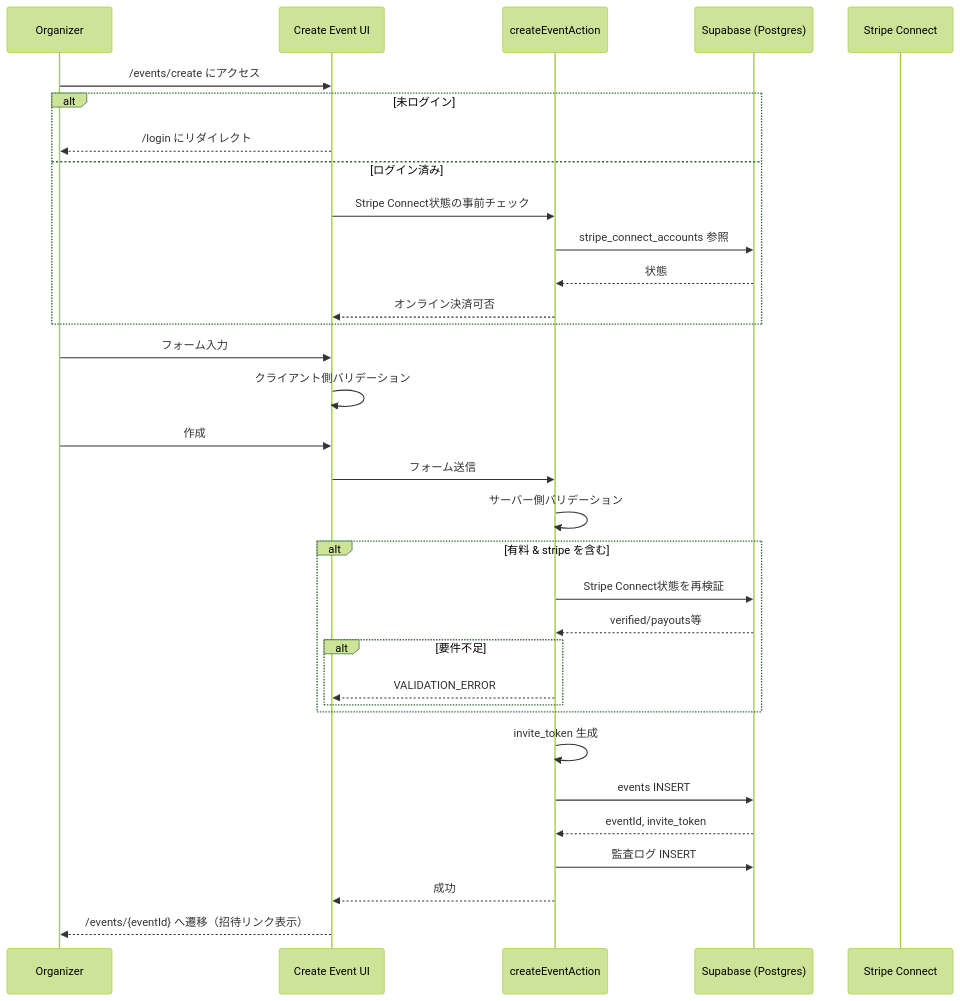
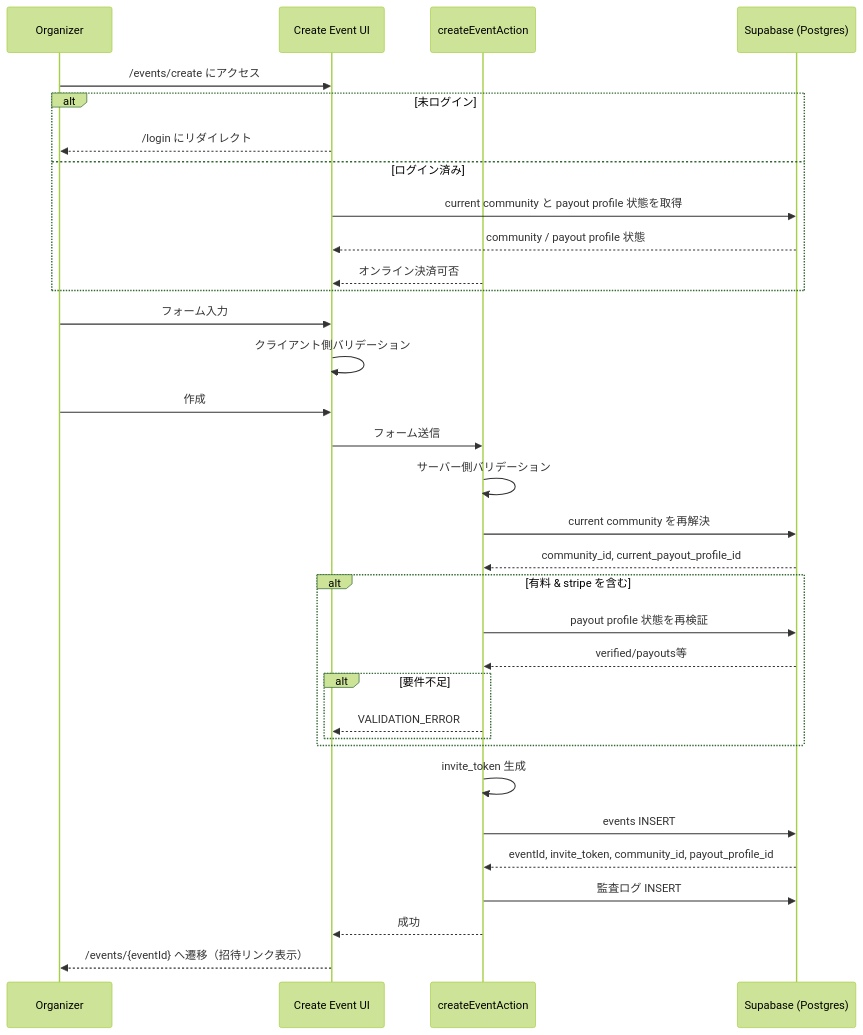
The diagram in docs/flows/create-event.md (rytkhs/event-pay), drawn with Mermaid (forest theme) before and after one commit. The commit also changed other lines of this file and 12 other files, not shown here.

Commit message:
CC-08-01 current community 前提のイベント作成と payout snapshot 固定 #396

````diff
--- a/docs/flows/create-event.md
+++ b/docs/flows/create-event.md
@@ -48,41 +54,41 @@
 ```mermaid
 sequenceDiagram
   participant U as Organizer
   participant UI as Create Event UI
   participant A as createEventAction
   participant DB as Supabase (Postgres)
-  participant SC as Stripe Connect
 
   U->>UI: /events/create にアクセス
   alt 未ログイン
     UI-->>U: /login にリダイレクト
   else ログイン済み
-    UI->>A: Stripe Connect状態の事前チェック
-    A->>DB: stripe_connect_accounts 参照
-    DB-->>A: 状態
+    UI->>DB: current community と payout profile 状態を取得
+    DB-->>UI: community / payout profile 状態
     A-->>UI: オンライン決済可否
   end
 
   U->>UI: フォーム入力
   UI->>UI: クライアント側バリデーション
 
   U->>UI: 作成
   UI->>A: フォーム送信
   A->>A: サーバー側バリデーション
+  A->>DB: current community を再解決
+  DB-->>A: community_id, current_payout_profile_id
 
   alt 有料 & stripe を含む
-    A->>DB: Stripe Connect状態を再検証
+    A->>DB: payout profile 状態を再検証
     DB-->>A: verified/payouts等
     alt 要件不足
       A-->>UI: VALIDATION_ERROR
     end
   end
 
   A->>A: invite_token 生成
   A->>DB: events INSERT
-  DB-->>A: eventId, invite_token
+  DB-->>A: eventId, invite_token, community_id, payout_profile_id
   A->>DB: 監査ログ INSERT
   A-->>UI: 成功
 
   UI-->>U: /events/{eventId} へ遷移（招待リンク表示）
 ```
````
